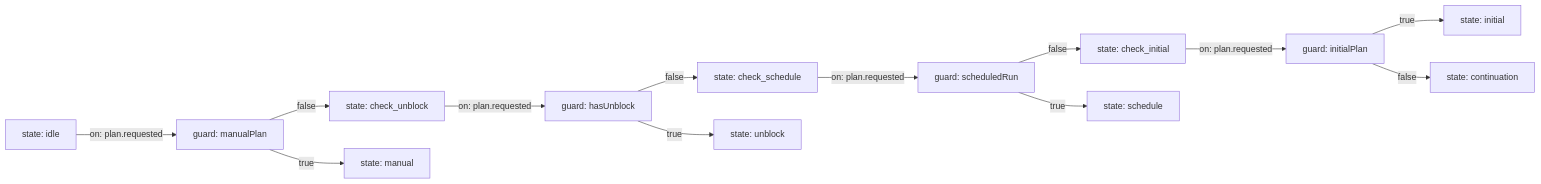
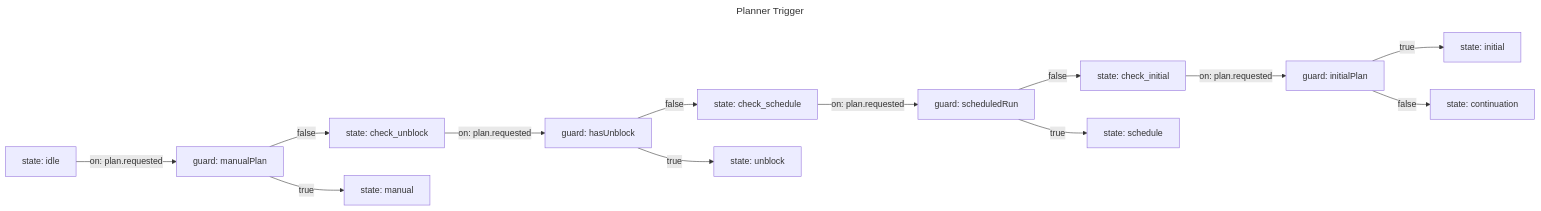
The diagram in workflow/planner-trigger.mmd (lalalic/agents-relay), drawn with Mermaid before and after one commit. The commit also changed 19 other files, not shown here.

Commit message:
docs(workflow): describe each Mermaid graph with frontmatter

```diff
--- a/workflow/planner-trigger.mmd
+++ b/workflow/planner-trigger.mmd
@@ -1,32 +1,36 @@
+---
+title: Planner Trigger
+description: Classifies planning requests as manual, unblock, scheduled, initial, or continuation.
+---
 flowchart LR
 %% relay: initial idle
 idle["state: idle"]
 checkUnblock["state: check_unblock"]
 checkSchedule["state: check_schedule"]
 checkInitial["state: check_initial"]
 manual["state: manual"]
 unblock["state: unblock"]
 schedule["state: schedule"]
 initial["state: initial"]
 continuation["state: continuation"]
 
 manualGuard["guard: manualPlan"]
 unblockGuard["guard: hasUnblock"]
 scheduleGuard["guard: scheduledRun"]
 initialGuard["guard: initialPlan"]
 
 idle -->|on: plan.requested| manualGuard
 manualGuard -->|true| manual
 manualGuard -->|false| checkUnblock
 
 checkUnblock -->|on: plan.requested| unblockGuard
 unblockGuard -->|true| unblock
 unblockGuard -->|false| checkSchedule
 
 checkSchedule -->|on: plan.requested| scheduleGuard
 scheduleGuard -->|true| schedule
 scheduleGuard -->|false| checkInitial
 
 checkInitial -->|on: plan.requested| initialGuard
 initialGuard -->|true| initial
 initialGuard -->|false| continuation
```
